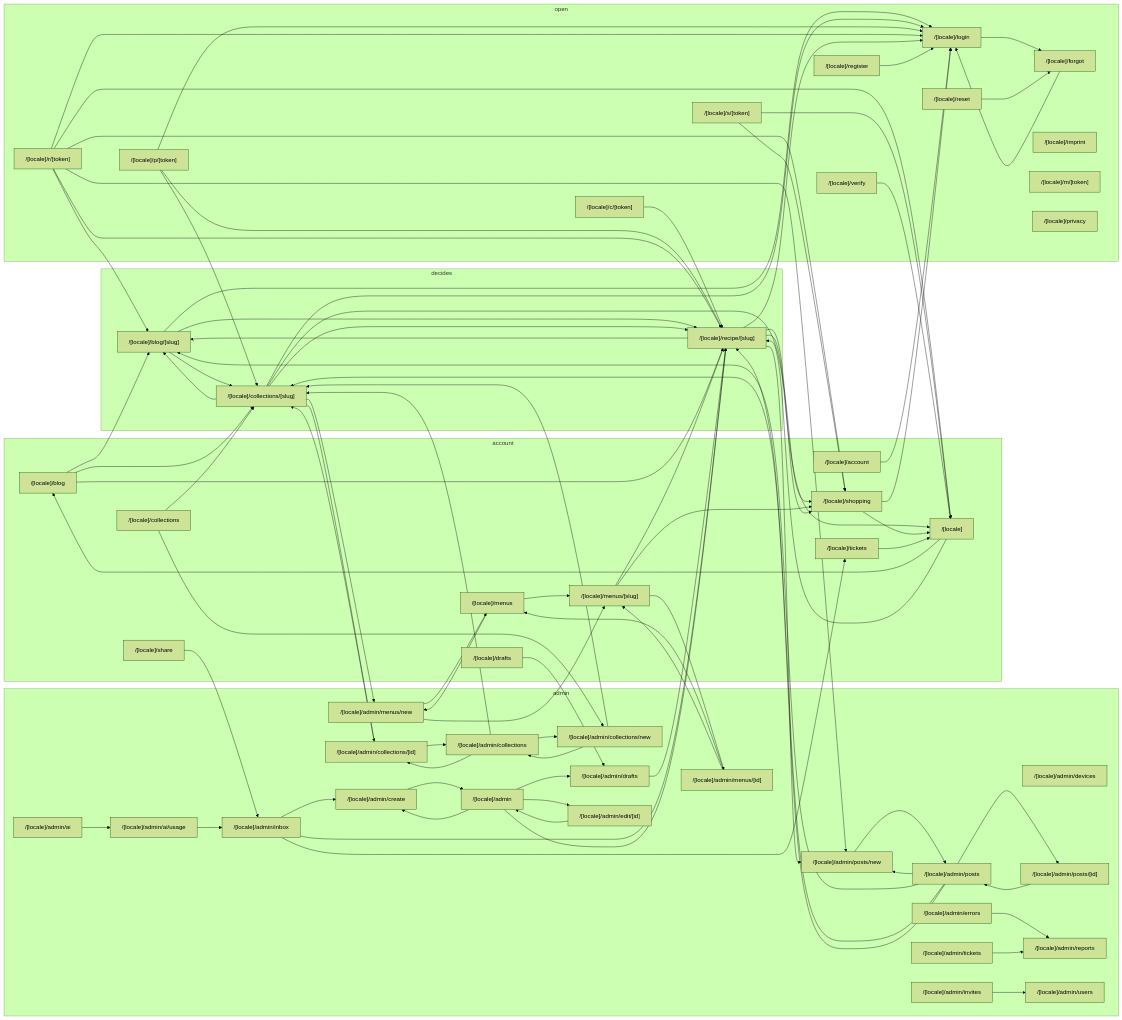
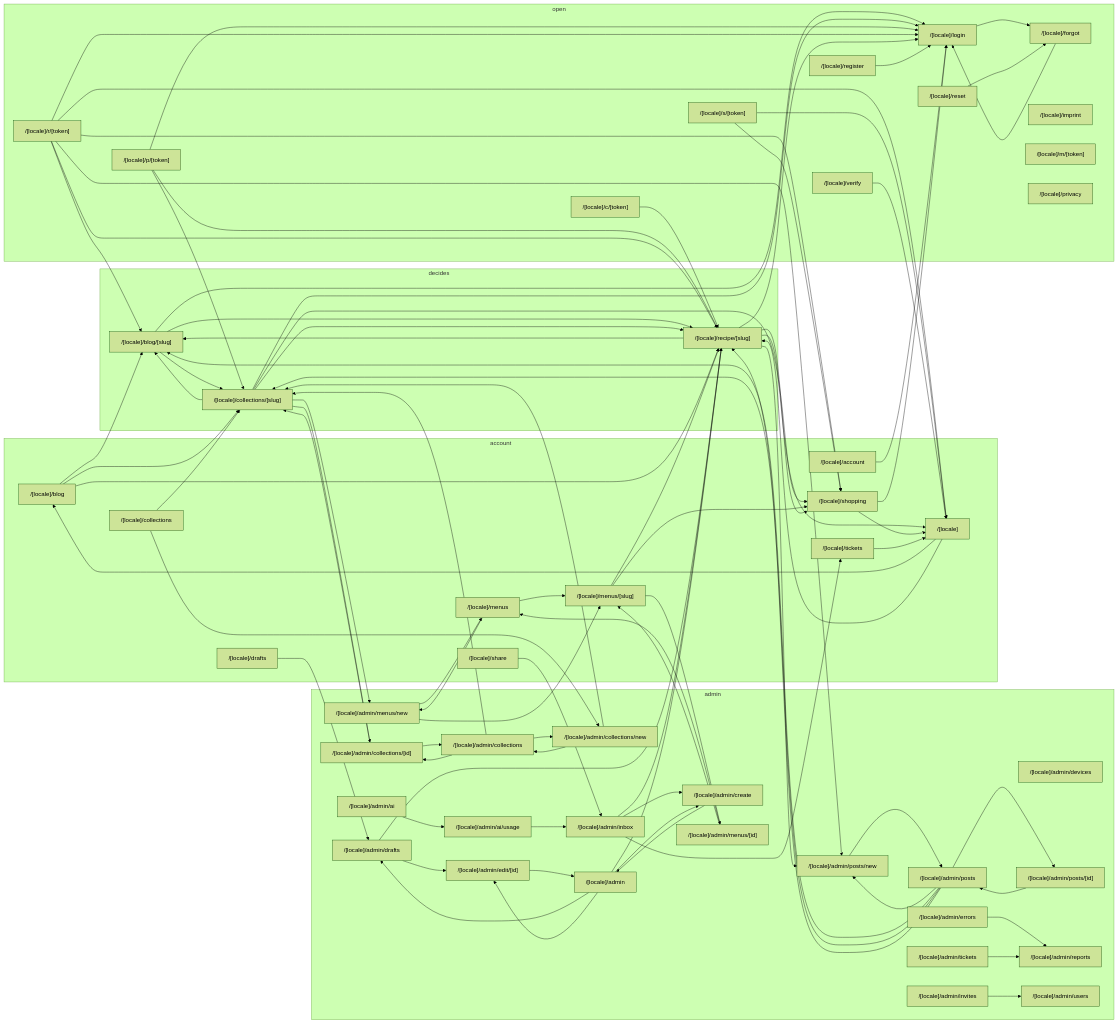
Before and after one commit to morischumacher/moscookbook: the first of 2 diagrams in docs/interaction-map.generated.md, drawn with Mermaid (forest theme). The commit also changed other lines of this file and 19 other files, not shown here.

```diff
--- a/docs/interaction-map.generated.md
+++ b/docs/interaction-map.generated.md
@@ -274,6 +276,7 @@
   n__locale__admin_collections --> n__locale__admin_collections_new
   n__locale__admin_collections --> n__locale__collections__slug_
   n__locale__admin_create --> n__locale__admin
+  n__locale__admin_drafts --> n__locale__admin_edit__id_
   n__locale__admin_drafts --> n__locale__recipe__slug_
   n__locale__admin_edit__id_ --> n__locale__admin
   n__locale__admin_errors --> n__locale__admin_reports
```
